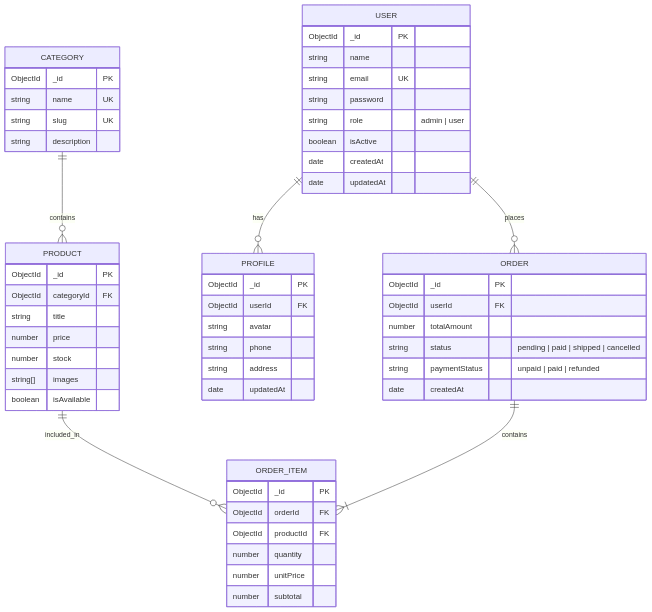
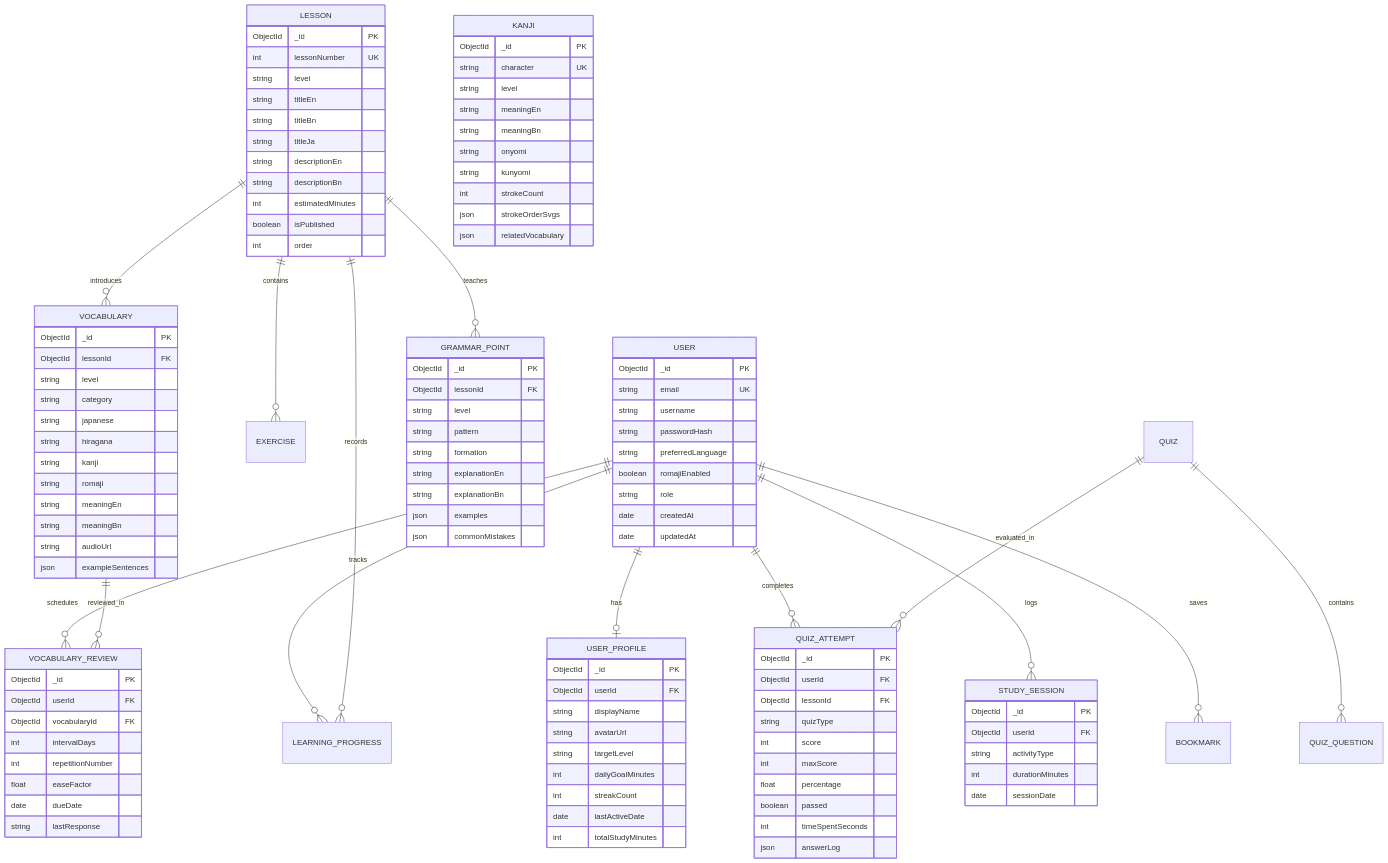
The fourth of 4 diagrams in PRD_AND_PLAN.md (YEL-59/Nihongo-Journey), drawn with Mermaid before and after one commit. The commit also changed other lines of this file and 47 other files, not shown here.

````diff
--- a/PRD_AND_PLAN.md
+++ b/PRD_AND_PLAN.md
@@ -114,62 +141,128 @@
 ```mermaid
 erDiagram
-    USER ||--o{ ORDER : "places"
-    USER ||--o{ PROFILE : "has"
+    USER ||--o| USER_PROFILE : has
+    USER ||--o{ LEARNING_PROGRESS : tracks
+    USER ||--o{ VOCABULARY_REVIEW : schedules
+    USER ||--o{ QUIZ_ATTEMPT : completes
+    USER ||--o{ STUDY_SESSION : logs
+    USER ||--o{ BOOKMARK : saves
+
+    LESSON ||--o{ EXERCISE : contains
+    LESSON ||--o{ VOCABULARY : introduces
+    LESSON ||--o{ GRAMMAR_POINT : teaches
+    LESSON ||--o{ LEARNING_PROGRESS : records
+
+    VOCABULARY ||--o{ VOCABULARY_REVIEW : reviewed_in
+    QUIZ ||--o{ QUIZ_QUESTION : contains
+    QUIZ ||--o{ QUIZ_ATTEMPT : evaluated_in
+
     USER {
         ObjectId _id PK
-        string name
         string email UK
-        string password
-        string role "admin | user"
-        boolean isActive
+        string username
+        string passwordHash
+        string preferredLanguage
+        boolean romajiEnabled
+        string role
         date createdAt
         date updatedAt
     }
 
-    PROFILE {
+    USER_PROFILE {
         ObjectId _id PK
         ObjectId userId FK
-        string avatar
-        string phone
-        string address
-        date updatedAt
+        string displayName
+        string avatarUrl
+        string targetLevel
+        int dailyGoalMinutes
+        int streakCount
+        date lastActiveDate
+        int totalStudyMinutes
     }
 
-    CATEGORY ||--o{ PRODUCT : "contains"
-    CATEGORY {
+    LESSON {
         ObjectId _id PK
-        string name UK
-        string slug UK
-        string description
+        int lessonNumber UK
+        string level
+        string titleEn
+        string titleBn
+        string titleJa
+        string descriptionEn
+        string descriptionBn
+        int estimatedMinutes
+        boolean isPublished
+        int order
     }
 
-    PRODUCT ||--o{ ORDER_ITEM : "included_in"
-    PRODUCT {
+    VOCABULARY {
         ObjectId _id PK
-        ObjectId categoryId FK
-        string title
-        number price
-        number stock
-        string[] images
-        boolean isAvailable
+        ObjectId lessonId FK
+        string level
+        string category
+        string japanese
+        string hiragana
+        string kanji
+        string romaji
+        string meaningEn
+        string meaningBn
+        string audioUrl
+        json exampleSentences
     }
 
-    ORDER ||--|{ ORDER_ITEM : "contains"
-    ORDER {
+    GRAMMAR_POINT {
+        ObjectId _id PK
+        ObjectId lessonId FK
+        string level
+        string pattern
+        string formation
+        string explanationEn
+        string explanationBn
+        json examples
+        json commonMistakes
+    }
+
+    KANJI {
+        ObjectId _id PK
+        string character UK
+        string level
+        string meaningEn
+        string meaningBn
+        string onyomi
+        string kunyomi
+        int strokeCount
+        json strokeOrderSvgs
+        json relatedVocabulary
+    }
+
+    VOCABULARY_REVIEW {
         ObjectId _id PK
         ObjectId userId FK
-        number totalAmount
-        string status "pending | paid | shipped | cancelled"
-        string paymentStatus "unpaid | paid | refunded"
-        date createdAt
+        ObjectId vocabularyId FK
+        int intervalDays
+        int repetitionNumber
+        float easeFactor
+        date dueDate
+        string lastResponse
     }
 
-    ORDER_ITEM {
+    QUIZ_ATTEMPT {
         ObjectId _id PK
-        ObjectId orderId FK
-        ObjectId productId FK
-        number quantity
-        number unitPrice
-        number subtotal
+        ObjectId userId FK
+        ObjectId lessonId FK
+        string quizType
+        int score
+        int maxScore
+        float percentage
+        boolean passed
+        int timeSpentSeconds
+        json answerLog
+    }
+
+    STUDY_SESSION {
+        ObjectId _id PK
+        ObjectId userId FK
+        string activityType
+        int durationMinutes
+        date sessionDate
     }
 ```
````
